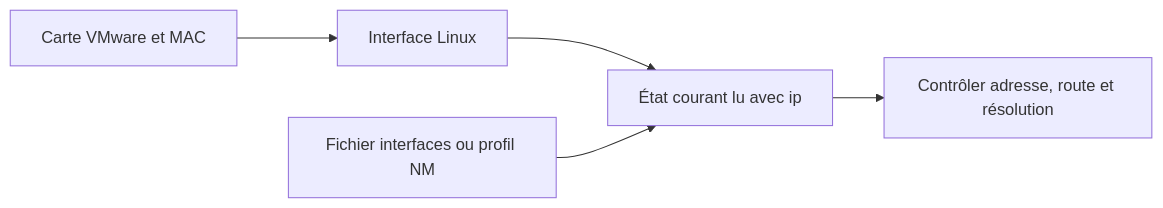
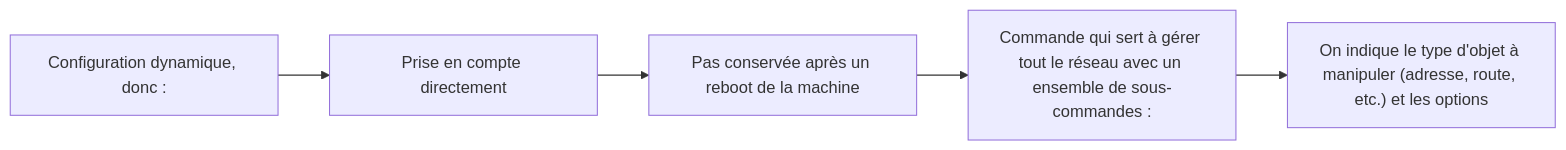
Before and after one commit to sk34pk25/tssr-cours: the fourth of 5 diagrams in docs/modules/15-services-reseau-en-environnement-linux/module-02-adressage-reseau.md, drawn with Mermaid. The commit also changed other lines of this file and 6 other files, not shown here.

First line of the commit message:
Reprendre les services réseau Linux dans l’onglet pédagogique.

````diff
--- a/docs/modules/15-services-reseau-en-environnement-linux/module-02-adressage-reseau.md
+++ b/docs/modules/15-services-reseau-en-environnement-linux/module-02-adressage-reseau.md
@@ -89,7 +163,12 @@
 ```mermaid
 flowchart LR
- M["Carte VMware et MAC"] --> I["Interface Linux"]
- I --> K["État courant lu avec ip"]
- F["Fichier interfaces ou profil NM"] --> K
- K --> V["Contrôler adresse, route et résolution"]
+    N1["Configuration dynamique, donc :"]
+    N2["Prise en compte directement"]
+    N3["Pas conservée après un reboot de la machine"]
+    N4["Commande qui sert à gérer tout le réseau avec un ensemble de sous-commandes :"]
+    N5["On indique le type d'objet à manipuler (adresse, route, etc.) et les options"]
+    N1 --> N2
+    N2 --> N3
+    N3 --> N4
+    N4 --> N5
 ```
````
